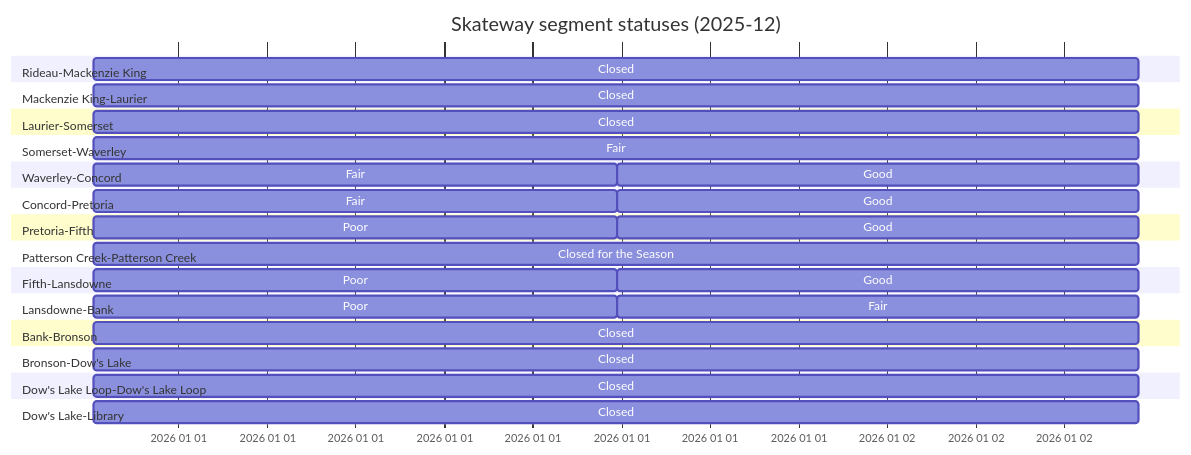
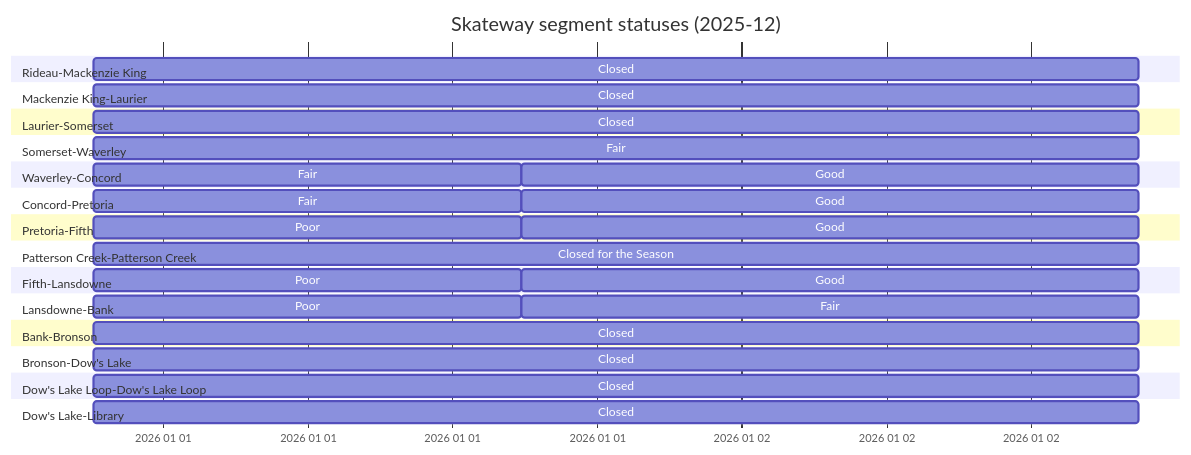
One commit to PatLittle/skateway_data changed the diagram in gantt.md. Above: the diagram before and after it, drawn with Mermaid. The commit also changed 3 other files, not shown here.

````diff
--- a/gantt.md
+++ b/gantt.md
@@ -2,49 +2,49 @@
 ```mermaid
 ---
 topAxis: true
 displayMode: compact
 config:
   themeCSS: " #vg { fill: Green } #g {fill: yellow} #f {fill: orange} #p {fill: red}      \n
 #c {fill: Black} #cs {fill: Black} #sc {fill: White} #wo {fill: saddlebrown} \n
             text[id^=cs] { fill: red; } text[id^=sc] { fill: red; }
         "
 ---
 
 gantt
   title Skateway segment statuses (2025-12)
   dateFormat  YYYY-MM-DD HH:mm:ss
   axisFormat  %Y %m %d
   section Rideau-Mackenzie King
-  Closed: c, 2025-12-31 21:07:33, 2026-01-02 08:31:40
+  Closed: c, 2025-12-31 21:07:33, 2026-01-02 16:28:09
   section Mackenzie King-Laurier
-  Closed: c, 2025-12-31 21:07:33, 2026-01-02 08:31:40
+  Closed: c, 2025-12-31 21:07:33, 2026-01-02 16:28:09
   section Laurier-Somerset
-  Closed: c, 2025-12-31 21:07:33, 2026-01-02 08:31:40
+  Closed: c, 2025-12-31 21:07:33, 2026-01-02 16:28:09
   section Somerset-Waverley
-  Fair: f, 2025-12-31 21:07:33, 2026-01-02 08:31:40
+  Fair: f, 2025-12-31 21:07:33, 2026-01-02 16:28:09
   section Waverley-Concord
   Fair: f, 2025-12-31 21:07:33, 2026-01-01 14:52:27
-  Good: g, 2026-01-01 14:52:27, 2026-01-02 08:31:40
+  Good: g, 2026-01-01 14:52:27, 2026-01-02 16:28:09
   section Concord-Pretoria
   Fair: f, 2025-12-31 21:07:33, 2026-01-01 14:52:27
-  Good: g, 2026-01-01 14:52:27, 2026-01-02 08:31:40
+  Good: g, 2026-01-01 14:52:27, 2026-01-02 16:28:09
   section Pretoria-Fifth
   Poor: p, 2025-12-31 21:07:33, 2026-01-01 14:52:27
-  Good: g, 2026-01-01 14:52:27, 2026-01-02 08:31:40
+  Good: g, 2026-01-01 14:52:27, 2026-01-02 16:28:09
   section Patterson Creek-Patterson Creek
-  Closed for the Season: cs, 2025-12-31 21:07:33, 2026-01-02 08:31:40
+  Closed for the Season: cs, 2025-12-31 21:07:33, 2026-01-02 16:28:09
   section Fifth-Lansdowne
   Poor: p, 2025-12-31 21:07:33, 2026-01-01 14:52:27
-  Good: g, 2026-01-01 14:52:27, 2026-01-02 08:31:40
+  Good: g, 2026-01-01 14:52:27, 2026-01-02 16:28:09
   section Lansdowne-Bank
   Poor: p, 2025-12-31 21:07:33, 2026-01-01 14:52:27
-  Fair: f, 2026-01-01 14:52:27, 2026-01-02 08:31:40
+  Fair: f, 2026-01-01 14:52:27, 2026-01-02 16:28:09
   section Bank-Bronson
-  Closed: c, 2025-12-31 21:07:33, 2026-01-02 08:31:40
+  Closed: c, 2025-12-31 21:07:33, 2026-01-02 16:28:09
   section Bronson-Dow's Lake
-  Closed: c, 2025-12-31 21:07:33, 2026-01-02 08:31:40
+  Closed: c, 2025-12-31 21:07:33, 2026-01-02 16:28:09
   section Dow's Lake Loop-Dow's Lake Loop
-  Closed: c, 2025-12-31 21:07:33, 2026-01-02 08:31:40
+  Closed: c, 2025-12-31 21:07:33, 2026-01-02 16:28:09
   section Dow's Lake-Library
-  Closed: c, 2025-12-31 21:07:33, 2026-01-02 08:31:40
+  Closed: c, 2025-12-31 21:07:33, 2026-01-02 16:28:09
 ```
````
